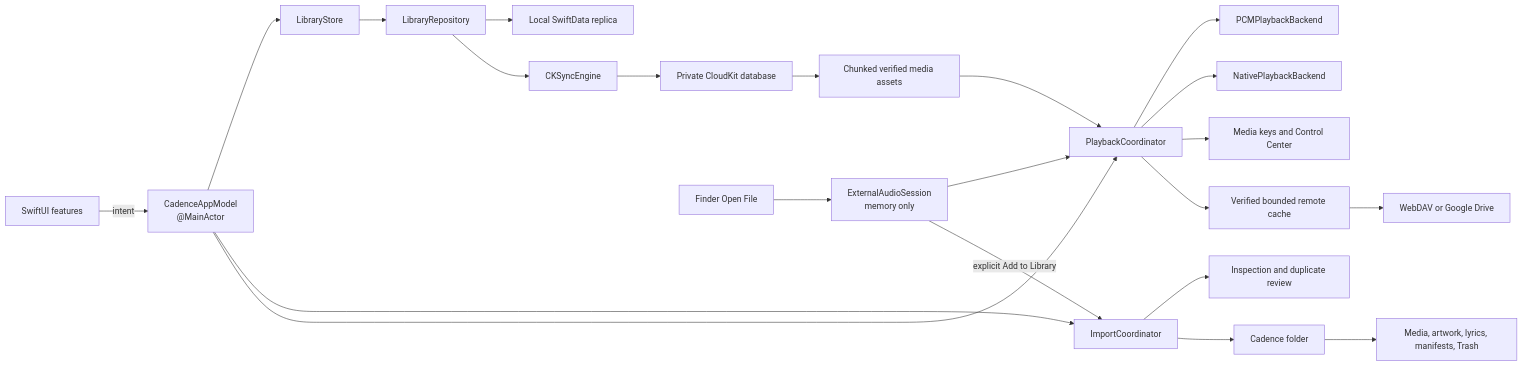
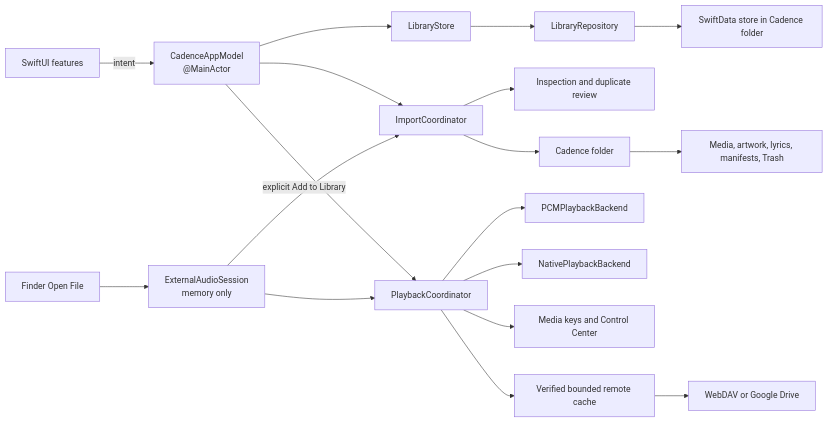
Before and after one commit to qenterra/cadence: the diagram in docs/ARCHITECTURE.md, drawn with Mermaid. The commit also changed other lines of this file and 36 other files, not shown here.

````diff
--- a/docs/ARCHITECTURE.md
+++ b/docs/ARCHITECTURE.md
@@ -8,24 +8,20 @@
 ```mermaid
 flowchart LR
     UI["SwiftUI features"] -->|"intent"| Model["CadenceAppModel<br/>@MainActor"]
     Model --> Store["LibraryStore"]
     Store --> Repository["LibraryRepository"]
-    Repository --> SwiftData["Local SwiftData replica"]
-    Repository --> CloudSync["CKSyncEngine"]
-    CloudSync --> CloudKit["Private CloudKit database"]
+    Repository --> SwiftData["SwiftData store in Cadence folder"]
     Model --> Import["ImportCoordinator"]
     Import --> Inspector["Inspection and duplicate review"]
     Import --> Managed["Cadence folder"]
     Model --> Playback["PlaybackCoordinator"]
     OpenFile["Finder Open File"] --> External["ExternalAudioSession<br/>memory only"]
     External --> Playback
     External -->|"explicit Add to Library"| Import
     Playback --> PCM["PCMPlaybackBackend"]
     Playback --> Native["NativePlaybackBackend"]
     Playback --> System["Media keys and Control Center"]
     Managed --> Media["Media, artwork, lyrics, manifests, Trash"]
-    CloudKit --> CloudMedia["Chunked verified media assets"]
-    CloudMedia --> Playback
     Playback --> RemoteCache["Verified bounded remote cache"]
     RemoteCache --> Providers["WebDAV or Google Drive"]
 ```
````
